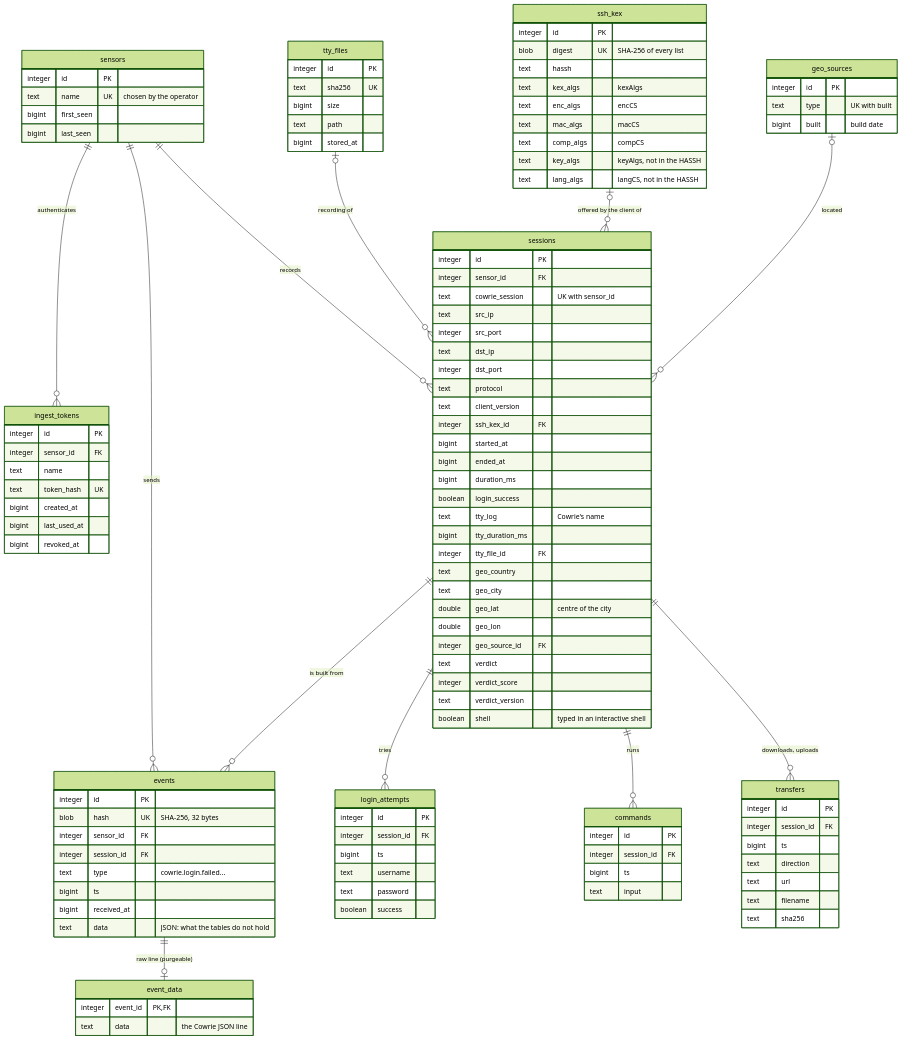
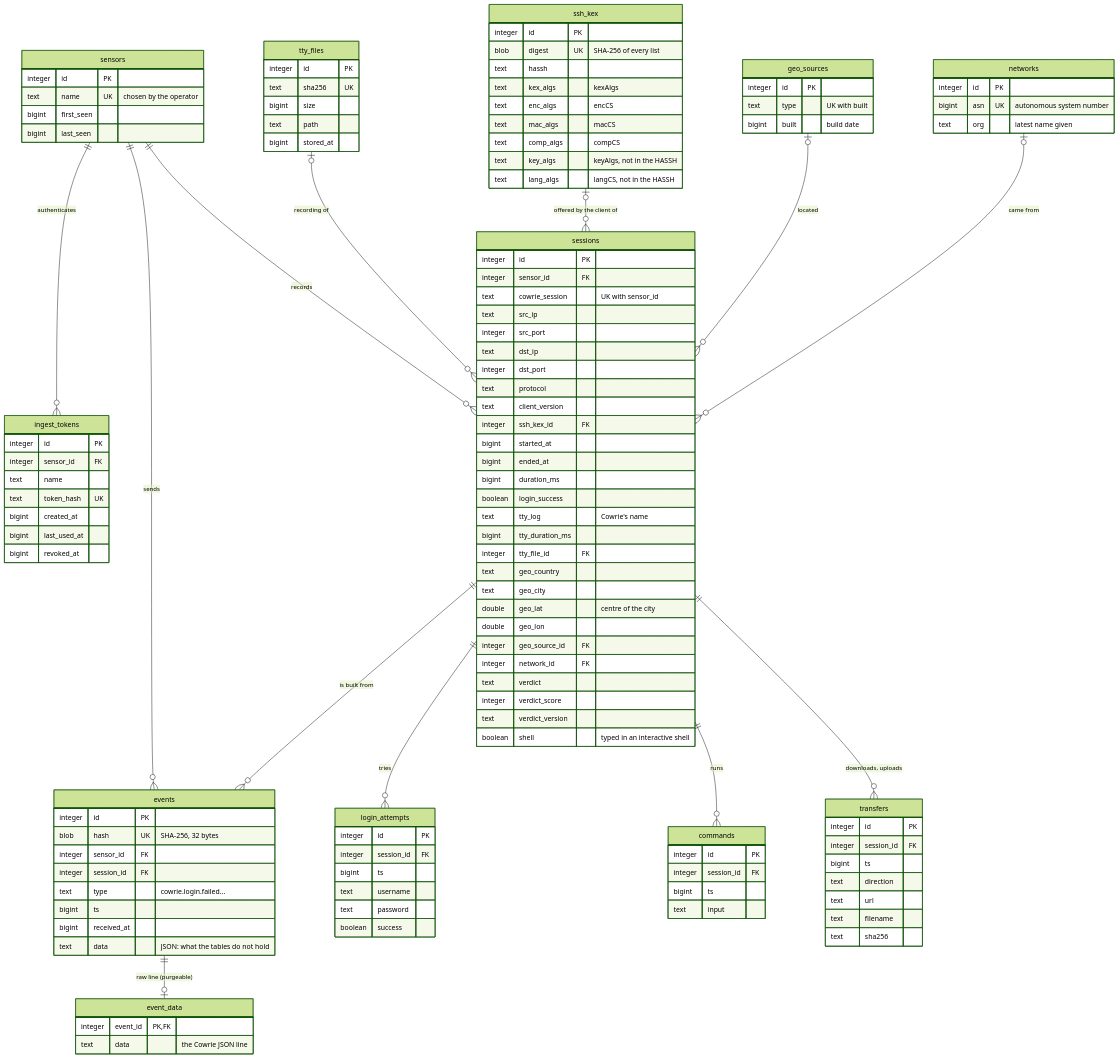
Before and after one commit to devleesch001/cauri: the first of 2 diagrams in docs/db.md, drawn with Mermaid (forest theme). The commit also changed other lines of this file and 16 other files, not shown here.

First line of the commit message:
feat(schema): networks in their own table

```diff
--- a/docs/db.md
+++ b/docs/db.md
@@ -68,6 +68,7 @@
     tty_files |o--o{ sessions : "recording of"
     ssh_kex |o--o{ sessions : "offered by the client of"
     geo_sources |o--o{ sessions : "located"
+    networks |o--o{ sessions : "came from"
 
     sensors {
         integer id PK
@@ -107,6 +108,7 @@
         double geo_lat "centre of the city"
         double geo_lon
         integer geo_source_id FK
+        integer network_id FK
         text verdict
         integer verdict_score
         text verdict_version
@@ -149,6 +151,11 @@
         text filename
         text sha256
     }
+    networks {
+        integer id PK
+        bigint asn UK "autonomous system number"
+        text org "latest name given"
+    }
     geo_sources {
         integer id PK
         text type "UK with built"
```
